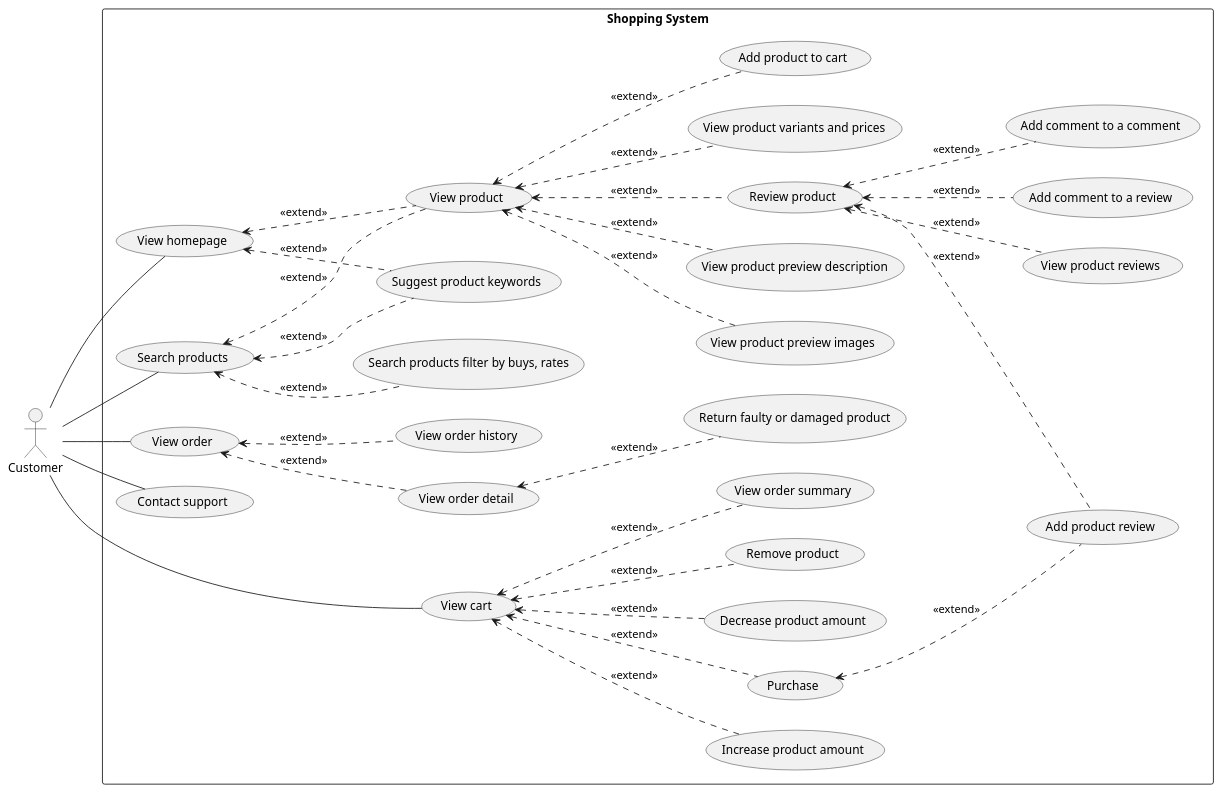
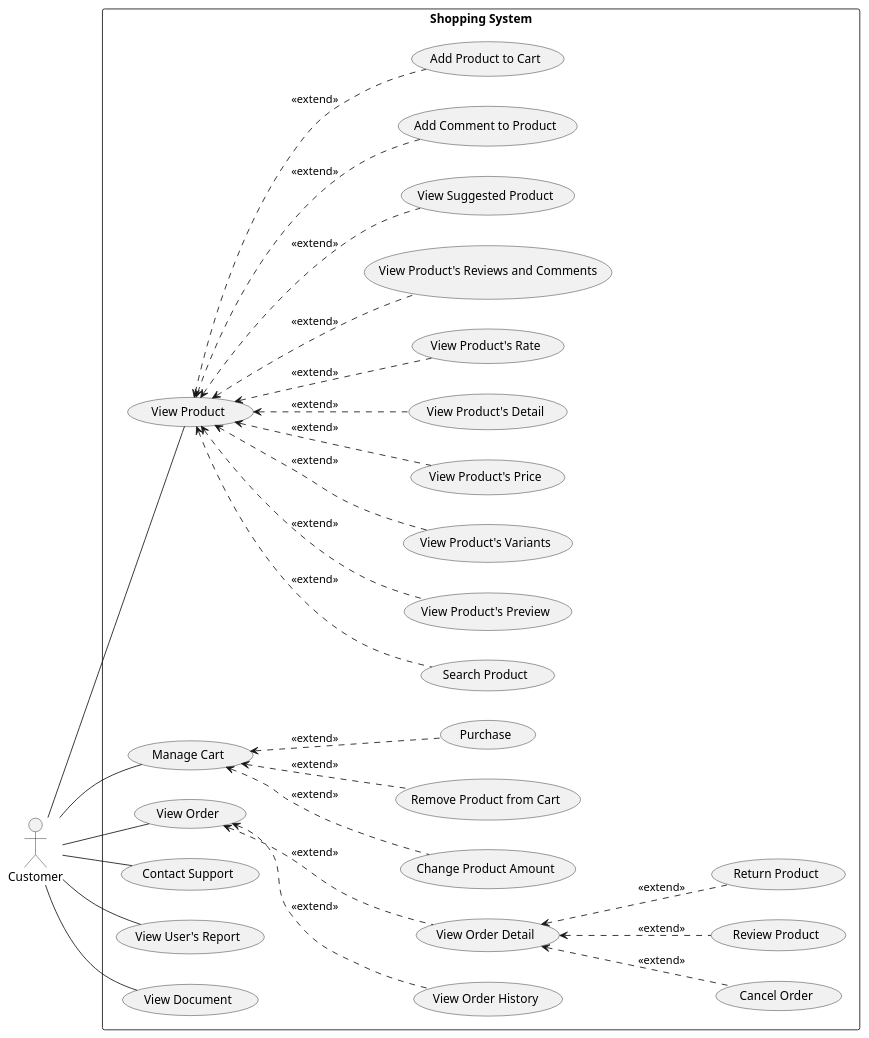
The diagram in docs/docs/usecase/customer.md (electricilies/electricilies.github.io), drawn with PlantUML before and after one commit. The commit also changed other lines of this file, not shown here.

````diff
--- a/docs/docs/usecase/customer.md
+++ b/docs/docs/usecase/customer.md
@@ -3,65 +3,58 @@
 ```plantuml
 @startuml
 left to right direction
 actor Customer
 
 rectangle "Shopping System" {
-  usecase UC01 as "View homepage"
-  usecase UC02 as "Search products"
-  usecase UC03 as "Search products filter by buys, rates"
-  usecase UC04 as "Suggest product keywords"
-  usecase UC05 as "View product"
-  usecase UC06 as "View product preview images"
-  usecase UC07 as "View product preview description"
-  usecase UC08 as "View product variants and prices"
-  usecase UC09 as "Review product"
-  usecase UC10 as "View product reviews"
-  usecase UC11 as "Add product review"
-  usecase UC12 as "Add comment to a review"
-  usecase UC13 as "Add comment to a comment"
-  usecase UC14 as "Add product to cart"
-  usecase UC15 as "View cart"
-  usecase UC16 as "Increase product amount"
-  usecase UC17 as "Decrease product amount"
-  usecase UC18 as "Remove product"
-  usecase UC19 as "View order summary"
-  usecase UC20 as "Purchase"
-  usecase UC21 as "View order"
-  usecase UC22 as "View order history"
-  usecase UC23 as "View order detail"
-  usecase UC24 as "Contact support"
-  usecase UC25 as "Return faulty or damaged product"
+  usecase UC01 as "View Product"
+  usecase UC02 as "Search Product"
+  usecase UC03 as "View Product's Preview"
+  usecase UC04 as "View Product's Variants"
+  usecase UC05 as "View Product's Price"
+  usecase UC06 as "View Product's Detail"
+  usecase UC07 as "View Product's Rate"
+  usecase UC08 as "View Product's Reviews and Comments"
+  usecase UC09 as "View Suggested Product"
+  usecase UC10 as "Add Comment to Product"
+  usecase UC11 as "Add Product to Cart"
+  usecase UC12 as "Manage Cart"
+  usecase UC13 as "Change Product Amount"
+  usecase UC14 as "Remove Product from Cart"
+  usecase UC15 as "Purchase"
+  usecase UC16 as "View Order"
+  usecase UC17 as "View Order History"
+  usecase UC18 as "View Order Detail"
+  usecase UC19 as "Cancel Order"
+  usecase UC20 as "Review Product"
+  usecase UC21 as "Return Product"
+  usecase UC22 as "Contact Support"
+  usecase UC23 as "View User's Report"
+  usecase UC24 as "View Document"
 }
 
 Customer -- UC01
-Customer -- UC02
-Customer -- UC15
-Customer -- UC21
+Customer -- UC12
+Customer -- UC16
+Customer -- UC22
+Customer -- UC23
 Customer -- UC24
 
+UC01 <.. UC02 : <<extend>>
+UC01 <.. UC03 : <<extend>>
 UC01 <.. UC04 : <<extend>>
 UC01 <.. UC05 : <<extend>>
-UC02 <.. UC04 : <<extend>>
-UC02 <.. UC05 : <<extend>>
-UC02 <.. UC03 : <<extend>>
-UC05 <.. UC06 : <<extend>>
-UC05 <.. UC07 : <<extend>>
-UC05 <.. UC08 : <<extend>>
-UC05 <.. UC09 : <<extend>>
-UC05 <.. UC14 : <<extend>>
-UC09 <.. UC10 : <<extend>>
-UC09 <.. UC11 : <<extend>>
-UC09 <.. UC12 : <<extend>>
-UC09 <.. UC13 : <<extend>>
-UC15 <.. UC19 : <<extend>>
-UC15 <.. UC16 : <<extend>>
-UC15 <.. UC17 : <<extend>>
-UC15 <.. UC18 : <<extend>>
-UC15 <.. UC20 : <<extend>>
-UC20 <.. UC11 : <<extend>>
-UC21 <.. UC22 : <<extend>>
-UC21 <.. UC23 : <<extend>>
-UC23 <.. UC25 : <<extend>>
-
-@enduml
+UC01 <.. UC06 : <<extend>>
+UC01 <.. UC07 : <<extend>>
+UC01 <.. UC08 : <<extend>>
+UC01 <.. UC09 : <<extend>>
+UC01 <.. UC10 : <<extend>>
+UC01 <.. UC11 : <<extend>>
+UC12 <.. UC13 : <<extend>>
+UC12 <.. UC14 : <<extend>>
+UC12 <.. UC15 : <<extend>>
+UC16 <.. UC17 : <<extend>>
+UC16 <.. UC18 : <<extend>>
+UC18 <.. UC19 : <<extend>>
+UC18 <.. UC20 : <<extend>>
+UC18 <.. UC21 : <<extend>>
 ```
````
